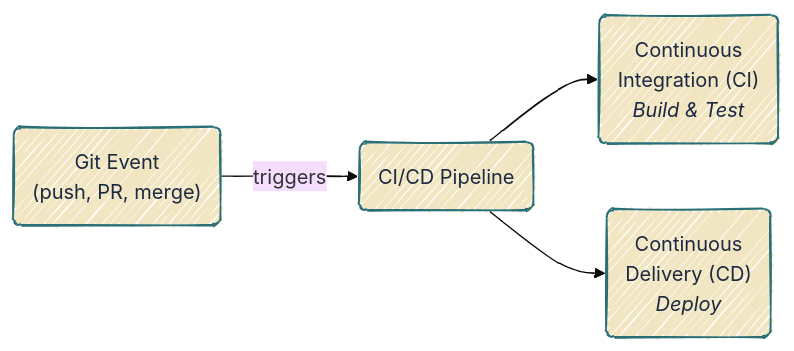
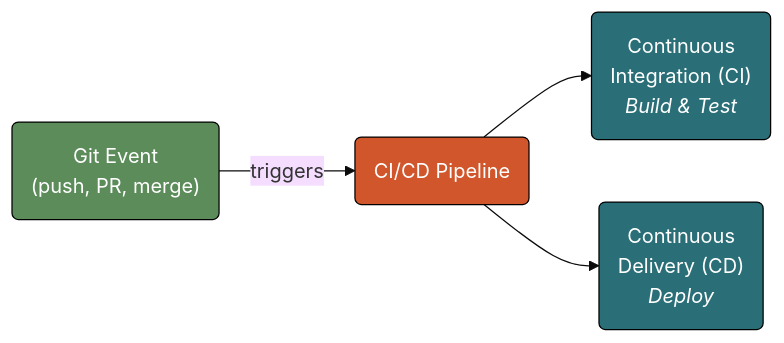
Before and after one commit to mjfrigaard/do4ds-labs: the second of 4 diagrams in lab05.qmd, drawn with Mermaid. The commit also changed other lines of this file and 48 other files, not shown here.

````diff
--- a/lab05.qmd
+++ b/lab05.qmd
@@ -142,12 +142,15 @@
 ```{mermaid}
 %%| fig-cap: 'Git & CI/CD'
 %%| fig-width: 7.0
-%%| fig-align: center
-%%{init: {'theme': 'base', 'look': 'handDrawn', 'themeVariables': {'fontFamily': 'monospace'}}}%%
+%%| fig-align: 'center'
+%%{init: {'theme': 'base', 'themeVariables': {'fontFamily': 'monospace'}}}%%
 flowchart LR
     GitEv("Git Event<br>(push, PR, merge)") -->|"triggers"| CICD("CI/CD Pipeline")
     CICD --> CI("Continuous<br>Integration (CI)<br><em>Build & Test</em>")
     CICD --> CD("Continuous<br>Delivery (CD)<br><em>Deploy</em>")
-    classDef default fill:#F2E6C2,stroke:#2A6F77,color:#1B2A41
+    style GitEv fill:#5B8C5A,stroke:#000000,stroke-width:1px,color:#ffffff
+    style CICD fill:#D2562B,stroke:#000000,stroke-width:1px,color:#ffffff
+    style CI fill:#2A6F77,stroke:#000000,stroke-width:1px,color:#ffffff
+    style CD fill:#2A6F77,stroke:#000000,stroke-width:1px,color:#ffffff
 
 ```
````
